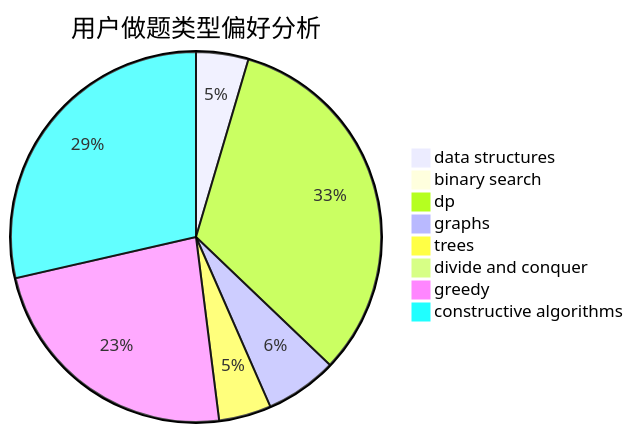
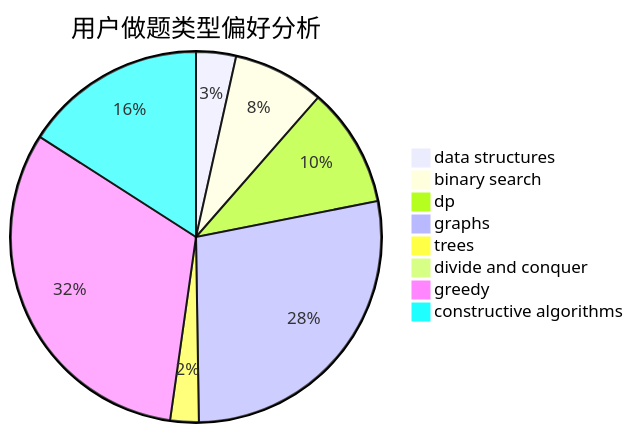
Before and after one commit to sherpahu/cfrs.github.io: the second of 3 diagrams in docs/user/u1242.md, drawn with Mermaid. The commit also changed other lines of this file and 2770 other files, not shown here.

````diff
--- a/docs/user/u1242.md
+++ b/docs/user/u1242.md
@@ -23,11 +23,11 @@
 ```mermaid
 pie title 用户做题类型偏好分析
-    "data structures" :  8
-    "binary search" :  0
-    "dp" :  57
-    "graphs" :  11
-    "trees" :  8
-    "divide and conquer" :  0
-    "greedy" :  41
-    "constructive algorithms" :  50
+    "data structures" :  7
+    "binary search" :  16
+    "dp" :  21
+    "graphs" :  56
+    "trees" :  5
+    "divide and conquer" :  2
+    "greedy" :  64
+    "constructive algorithms" :  32
 ```
````
